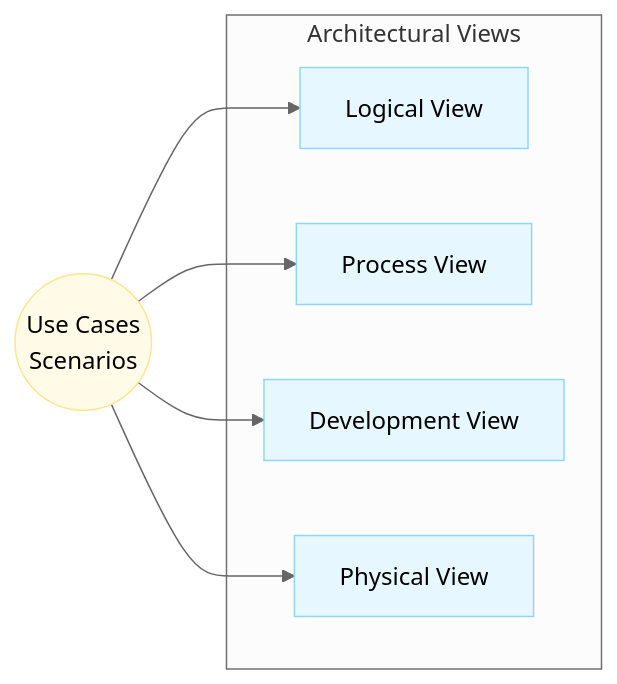
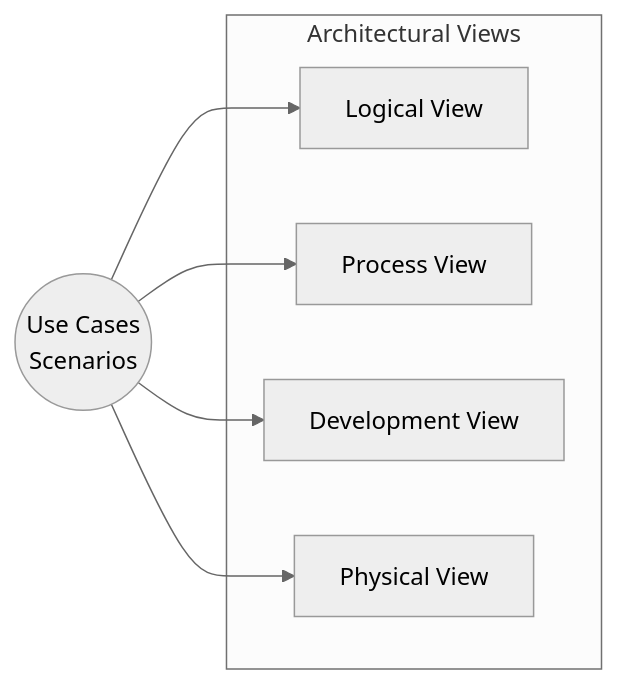
The diagram in docs/mca/se/u22/u3.md (sujith-eag/sujith-library), drawn with Mermaid (neutral theme) before and after one commit. The commit also changed 41 other files, not shown here.

First line of the commit message:
Refactor diagrams and remove redundant styles in documentation

````diff
--- a/docs/mca/se/u22/u3.md
+++ b/docs/mca/se/u22/u3.md
@@ -36,22 +36,16 @@
 ```mermaid
 flowchart LR
     subgraph Views [Architectural Views]
         LV[Logical View]
         PV[Process View]
         DV[Development View]
         PHV[Physical View]
     end
 
     SCENARIOS((Use Cases<br>Scenarios))
 
     SCENARIOS --> LV
     SCENARIOS --> PV
     SCENARIOS --> DV
     SCENARIOS --> PHV
-
-    classDef views fill:#e6f7ff,stroke:#91d5ff
-    classDef glue fill:#fffbe6,stroke:#ffe58f
-
-    class LV,PV,DV,PHV views
-    class SCENARIOS glue
 ```
````
